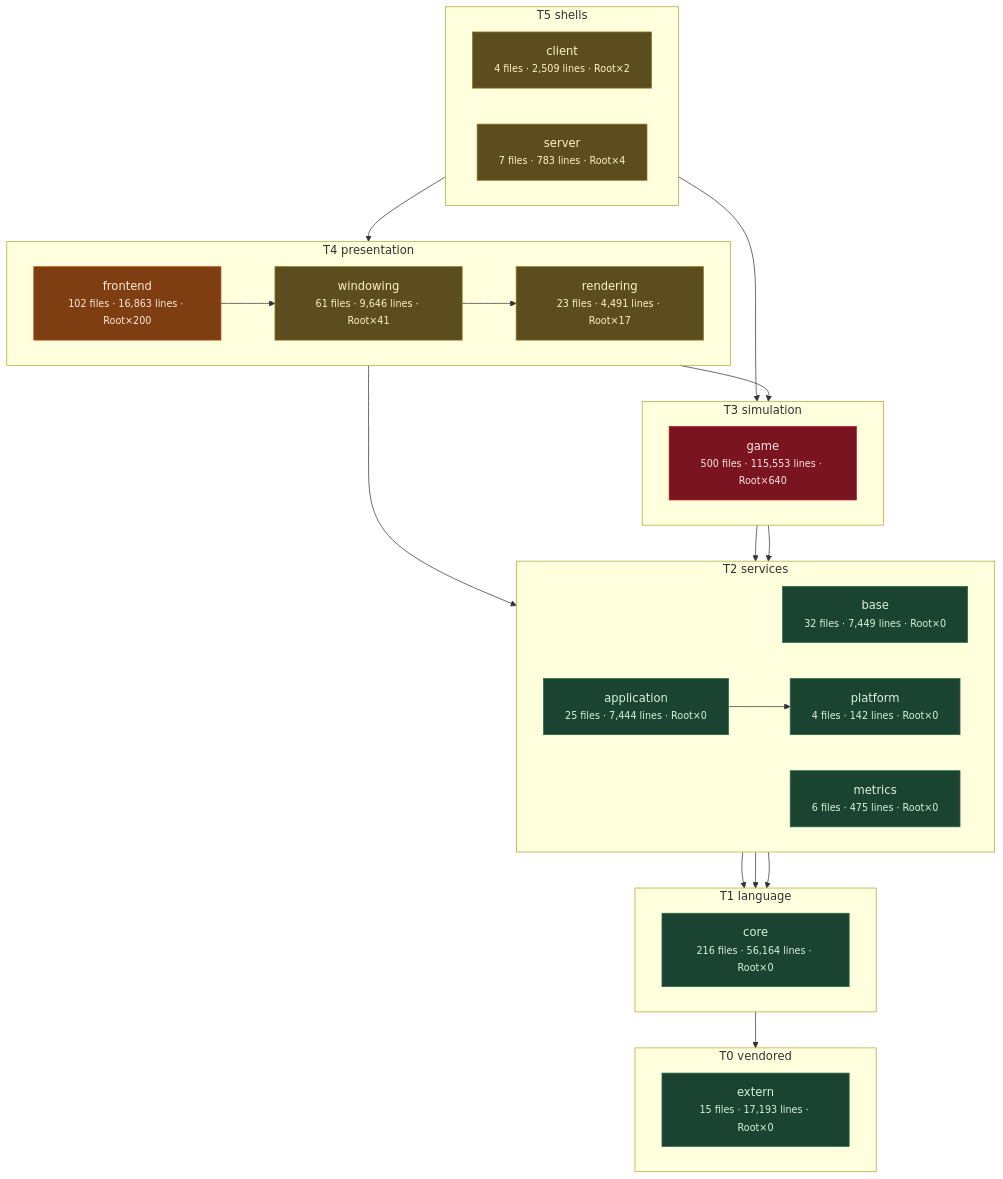
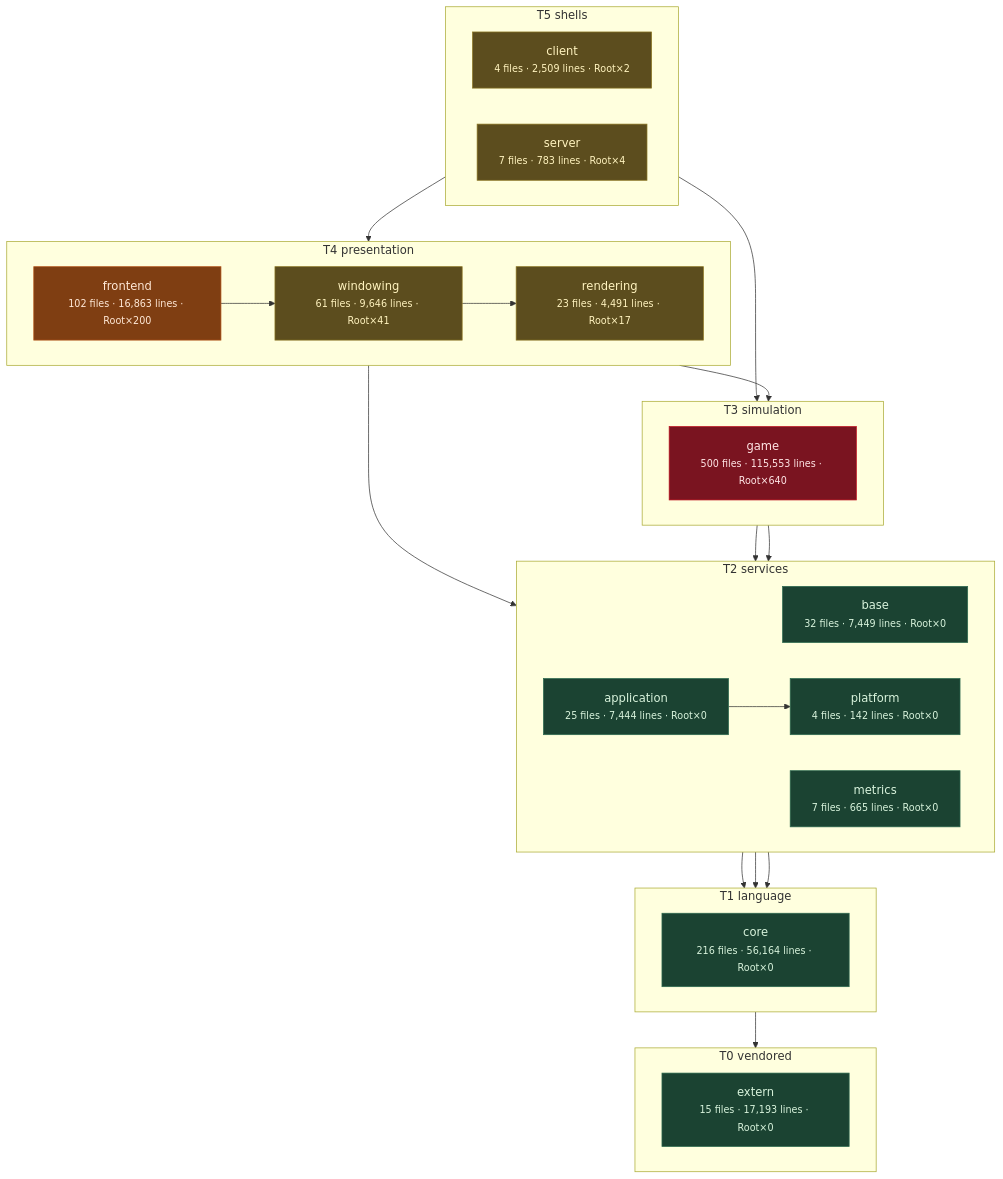
One commit to apnex/OpenStarbound changed the third of 11 diagrams in docs/architecture/system-boundaries.md. Above: the diagram before and after it, drawn with Mermaid. The commit also changed other lines of this file and 2 other files, not shown here.

First line of the commit message:
GM-1 Task 7: the metrics CLI -- measures a process from outside it

````diff
--- a/docs/architecture/system-boundaries.md
+++ b/docs/architecture/system-boundaries.md
@@ -271,54 +271,54 @@
 ```mermaid
 flowchart TD
   subgraph T0["T0 vendored"]
     direction LR
     extern["extern<br/><small>15 files · 17,193 lines · Root×0</small>"]
   end
   subgraph T1["T1 language"]
     direction LR
     core["core<br/><small>216 files · 56,164 lines · Root×0</small>"]
   end
   subgraph T2["T2 services"]
     direction LR
     base["base<br/><small>32 files · 7,449 lines · Root×0</small>"]
-    metrics["metrics<br/><small>6 files · 475 lines · Root×0</small>"]
+    metrics["metrics<br/><small>7 files · 665 lines · Root×0</small>"]
     platform["platform<br/><small>4 files · 142 lines · Root×0</small>"]
     application["application<br/><small>25 files · 7,444 lines · Root×0</small>"]
   end
   subgraph T3["T3 simulation"]
     direction LR
     game["game<br/><small>500 files · 115,553 lines · Root×640</small>"]
   end
   subgraph T4["T4 presentation"]
     direction LR
     rendering["rendering<br/><small>23 files · 4,491 lines · Root×17</small>"]
     windowing["windowing<br/><small>61 files · 9,646 lines · Root×41</small>"]
     frontend["frontend<br/><small>102 files · 16,863 lines · Root×200</small>"]
   end
   subgraph T5["T5 shells"]
     direction LR
     client["client<br/><small>4 files · 2,509 lines · Root×2</small>"]
     server["server<br/><small>7 files · 783 lines · Root×4</small>"]
   end
   core --> extern
   base --> core
   metrics --> core
   platform --> core
   application --> platform
   game --> base
   game --> platform
   rendering --> application
   rendering --> game
   windowing --> rendering
   frontend --> windowing
   client --> frontend
   server --> game
   classDef clean fill:#1b4332,stroke:#2d6a4f,color:#d8f3dc
   classDef warm  fill:#5c4d1e,stroke:#8a7420,color:#fff3bf
   classDef hot   fill:#7f3e12,stroke:#b5561b,color:#ffe8d6
   classDef blaze fill:#7a1420,stroke:#c1121f,color:#ffe5e5
   class extern,core,base,metrics,platform,application clean
   class rendering,windowing,client,server warm
   class frontend hot
   class game blaze
 ```
````
